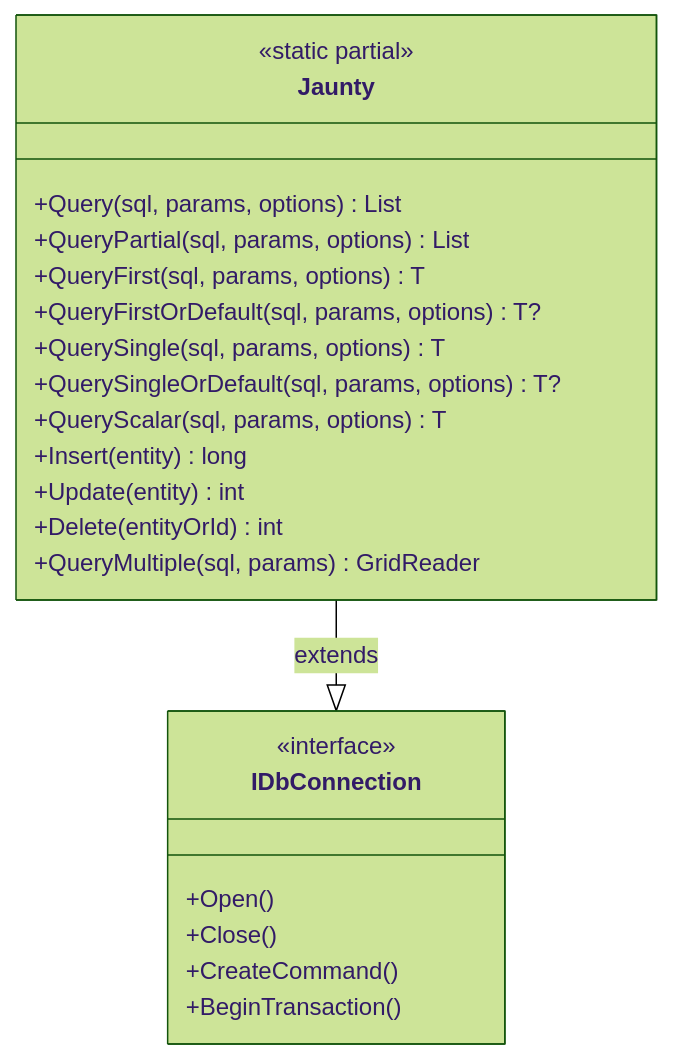
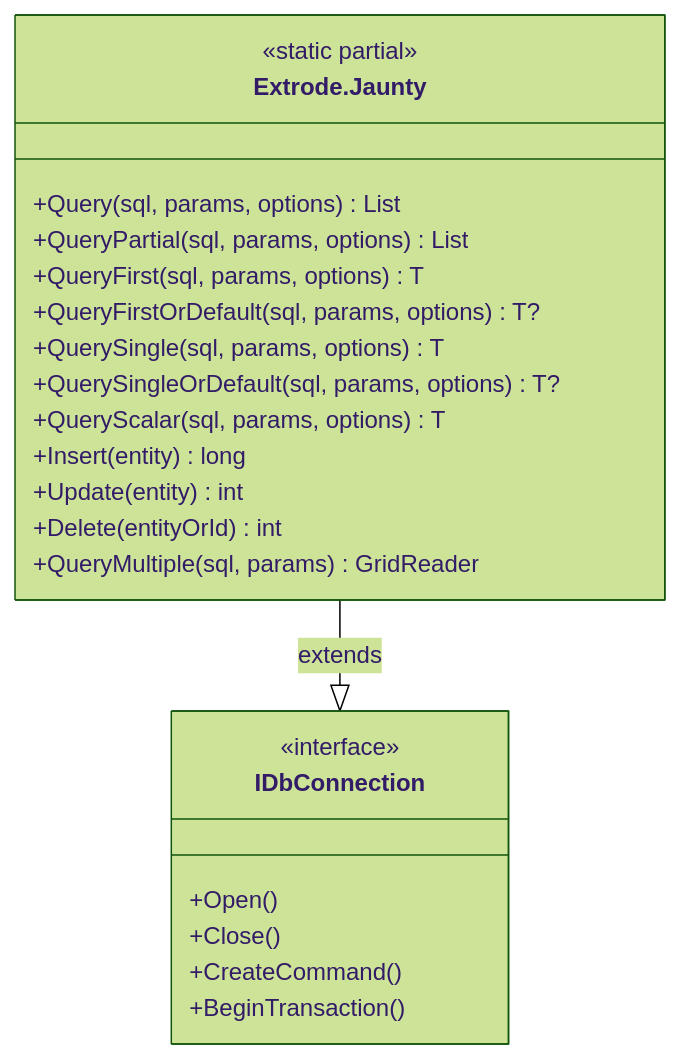
Before and after one commit to extrode/jaunty: the fourth of 23 diagrams in docs/02-architecture/architecture-specification.md, drawn with Mermaid (forest theme). The commit also changed other lines of this file and 77 other files, not shown here.

First line of the commit message:
docs: update Extrode.Jaunty.* code references, add breaking-change note

````diff
--- a/docs/02-architecture/architecture-specification.md
+++ b/docs/02-architecture/architecture-specification.md
@@ -158,27 +158,27 @@
 ```mermaid
 classDiagram
-    class Jaunty {
+    class Extrode.Jaunty {
         <<static partial>>
         +Query<T>(sql, params, options) List<T>
         +QueryPartial<T>(sql, params, options) List<T>
         +QueryFirst<T>(sql, params, options) T
         +QueryFirstOrDefault<T>(sql, params, options) T?
         +QuerySingle<T>(sql, params, options) T
         +QuerySingleOrDefault<T>(sql, params, options) T?
         +QueryScalar<T>(sql, params, options) T
         +Insert<T>(entity) long
         +Update<T>(entity) int
         +Delete<T>(entityOrId) int
         +QueryMultiple(sql, params) GridReader
     }
     
     class IDbConnection {
         <<interface>>
         +Open()
         +Close()
         +CreateCommand()
         +BeginTransaction()
     }
     
-    Jaunty --|> IDbConnection : extends
+    Extrode.Jaunty --|> IDbConnection : extends
 ```
````
